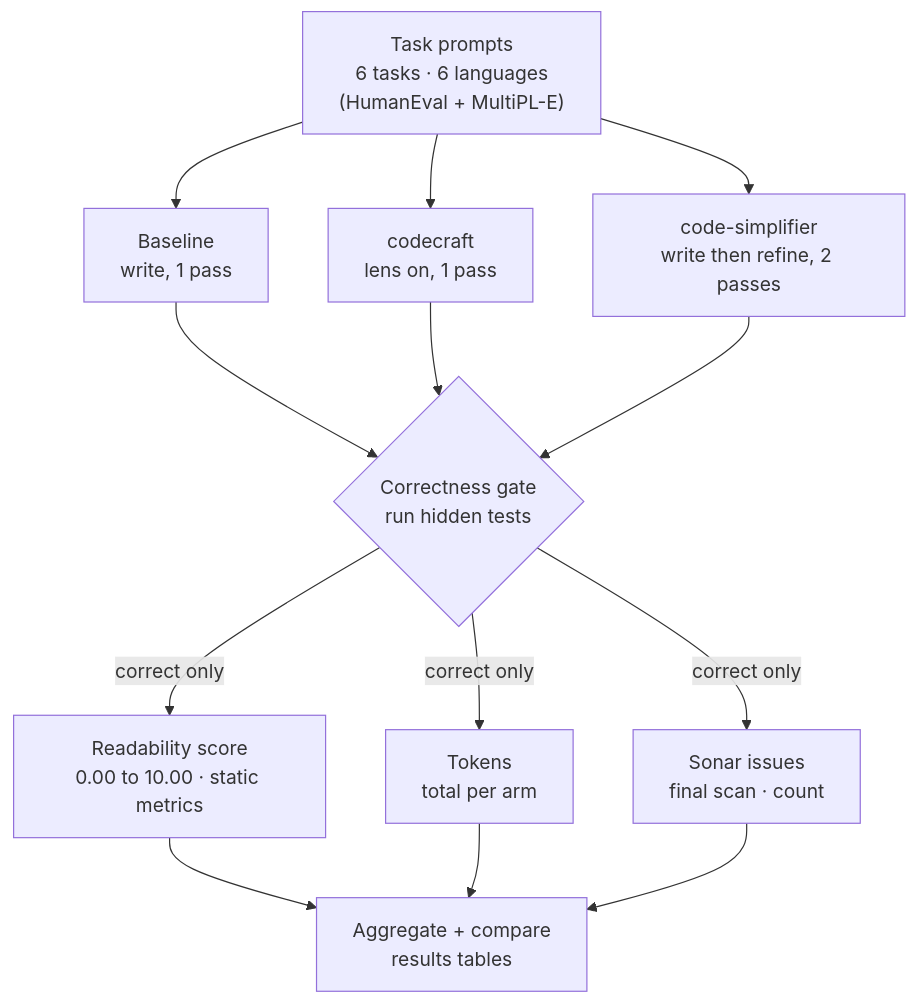
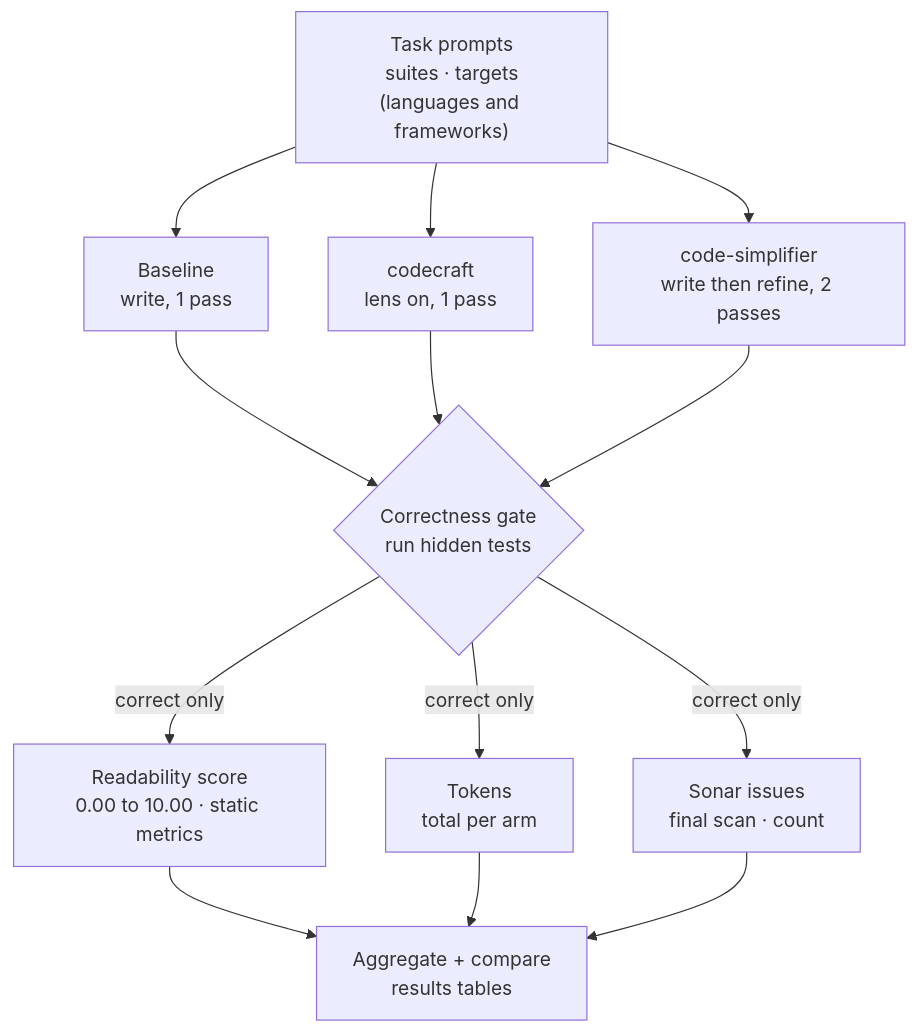
The diagram in comparison/COMPARISON.md (andreafreda/codecraft), drawn with Mermaid before and after one commit. The commit also changed other lines of this file and 83 other files, not shown here.

First line of the commit message:
Make the benchmark task layout extensible (suites and targets)

````diff
--- a/comparison/COMPARISON.md
+++ b/comparison/COMPARISON.md
@@ -116,16 +116,16 @@
 ```mermaid
 flowchart TD
-    P["Task prompts<br/>6 tasks · 6 languages<br/>(HumanEval + MultiPL-E)"]
+    P["Task prompts<br/>suites · targets<br/>(languages and frameworks)"]
     P --> A["Baseline<br/>write, 1 pass"]
     P --> B["codecraft<br/>lens on, 1 pass"]
     P --> C["code-simplifier<br/>write then refine, 2 passes"]
     A --> G{"Correctness gate<br/>run hidden tests"}
     B --> G
     C --> G
     G -->|correct only| R["Readability score<br/>0.00 to 10.00 · static metrics"]
     G -->|correct only| T["Tokens<br/>total per arm"]
     G -->|correct only| S["Sonar issues<br/>final scan · count"]
     R --> AG["Aggregate + compare<br/>results tables"]
     T --> AG
     S --> AG
 ```
````
